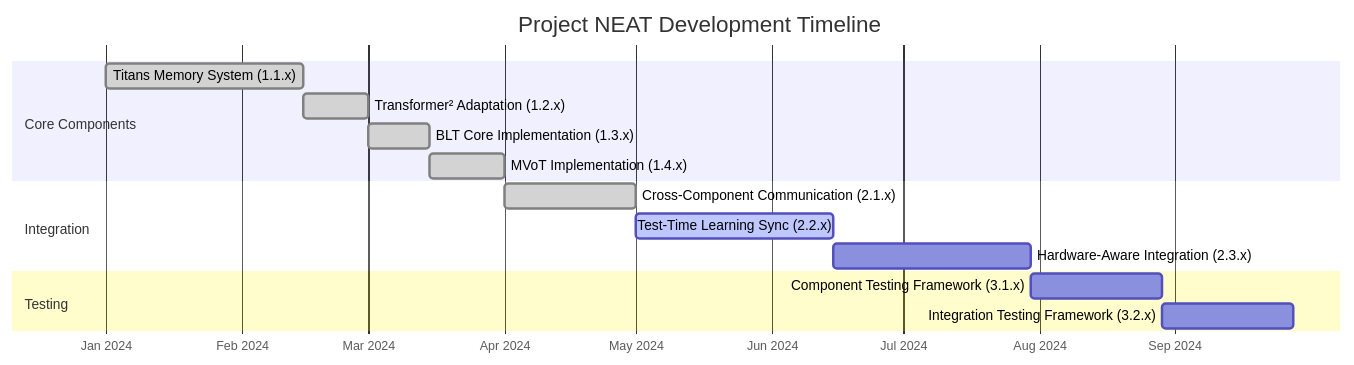
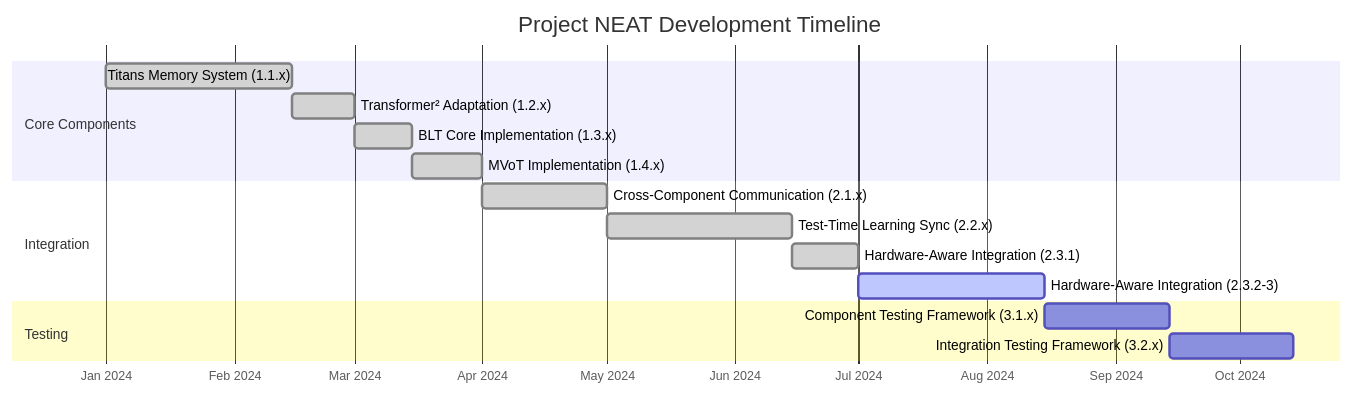
The second of 4 diagrams in README.md (idlandes04/Project-NEAT), drawn with Mermaid before and after one commit. The commit also changed other lines of this file and 8 other files, not shown here.

````diff
--- a/README.md
+++ b/README.md
@@ -80,21 +80,22 @@
 ```mermaid
 gantt
     title Project NEAT Development Timeline
     dateFormat  YYYY-MM-DD
     axisFormat %b %Y
     
     section Core Components
     Titans Memory System (1.1.x)       :done, titans, 2024-01-01, 2024-02-15
     Transformer² Adaptation (1.2.x)    :done, transformer2, 2024-02-15, 2024-03-01
     BLT Core Implementation (1.3.x)    :done, blt, 2024-03-01, 2024-03-15
     MVoT Implementation (1.4.x)        :done, mvot, 2024-03-15, 2024-04-01
     
     section Integration
     Cross-Component Communication (2.1.x) :done, comms, 2024-04-01, 2024-05-01
-    Test-Time Learning Sync (2.2.x)       :active, ttl, 2024-05-01, 2024-06-15
-    Hardware-Aware Integration (2.3.x)    :hwint, after ttl, 45d
+    Test-Time Learning Sync (2.2.x)       :done, ttl, 2024-05-01, 2024-06-15
+    Hardware-Aware Integration (2.3.1)    :done, hwint1, 2024-06-15, 2024-07-01
+    Hardware-Aware Integration (2.3.2-3)  :active, hwint23, 2024-07-01, 2024-08-15
     
     section Testing
-    Component Testing Framework (3.1.x)    :ctest, after hwint, 30d
+    Component Testing Framework (3.1.x)    :ctest, after hwint23, 30d
     Integration Testing Framework (3.2.x)  :itest, after ctest, 30d
 ```
````
